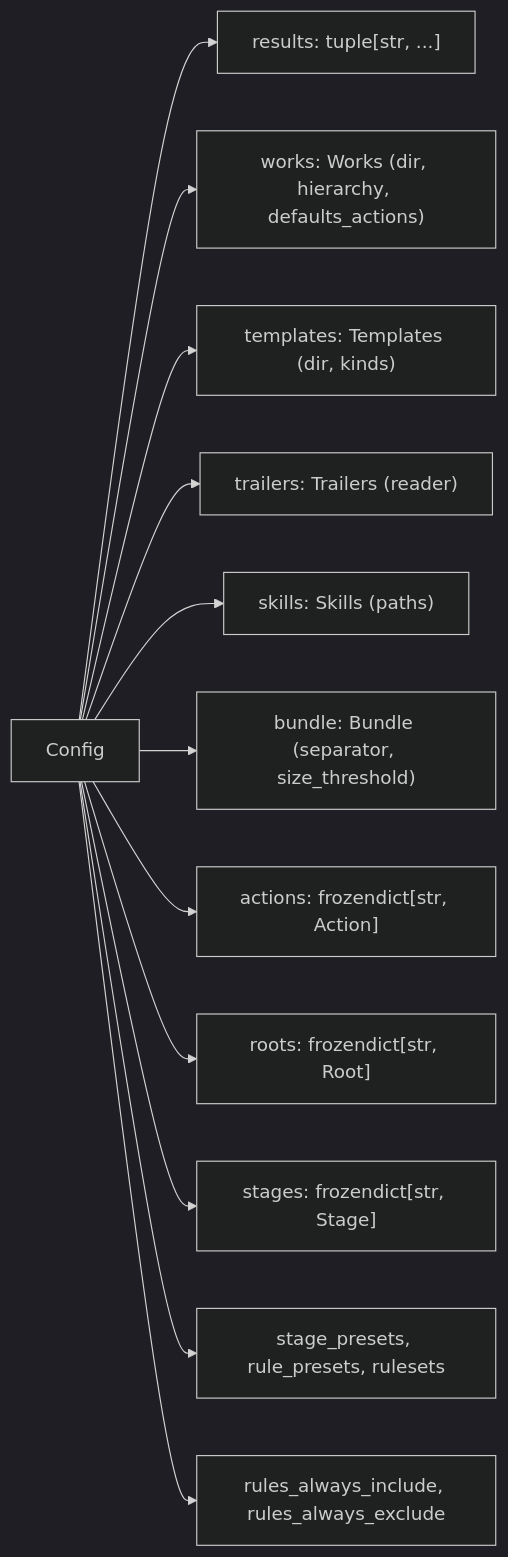
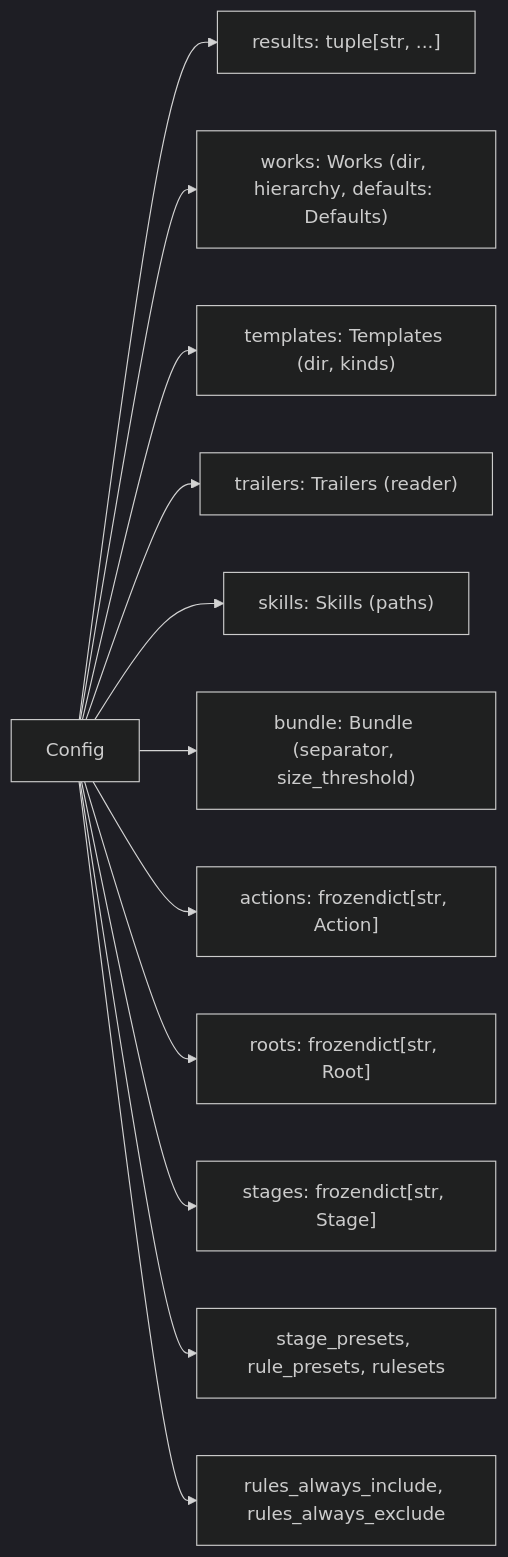
The diagram in .agents/wio/works/config/model/README.md (msitarz/wio), drawn with Mermaid (dark theme) before and after one commit. The commit also changed other lines of this file and 9 other files, not shown here.

````diff
--- a/.agents/wio/works/config/model/README.md
+++ b/.agents/wio/works/config/model/README.md
@@ -58,15 +60,15 @@
 ```mermaid
 flowchart LR
     config["Config"]
     config --> results["results: tuple[str, ...]"]
-    config --> works["works: Works (dir, hierarchy, defaults_actions)"]
+    config --> works["works: Works (dir, hierarchy, defaults: Defaults)"]
     config --> templates["templates: Templates (dir, kinds)"]
     config --> trailers["trailers: Trailers (reader)"]
     config --> skills["skills: Skills (paths)"]
     config --> bundle["bundle: Bundle (separator, size_threshold)"]
     config --> actions["actions: frozendict[str, Action]"]
     config --> roots["roots: frozendict[str, Root]"]
     config --> stages["stages: frozendict[str, Stage]"]
     config --> presets["stage_presets, rule_presets, rulesets"]
     config --> always["rules_always_include, rules_always_exclude"]
 ```
````
